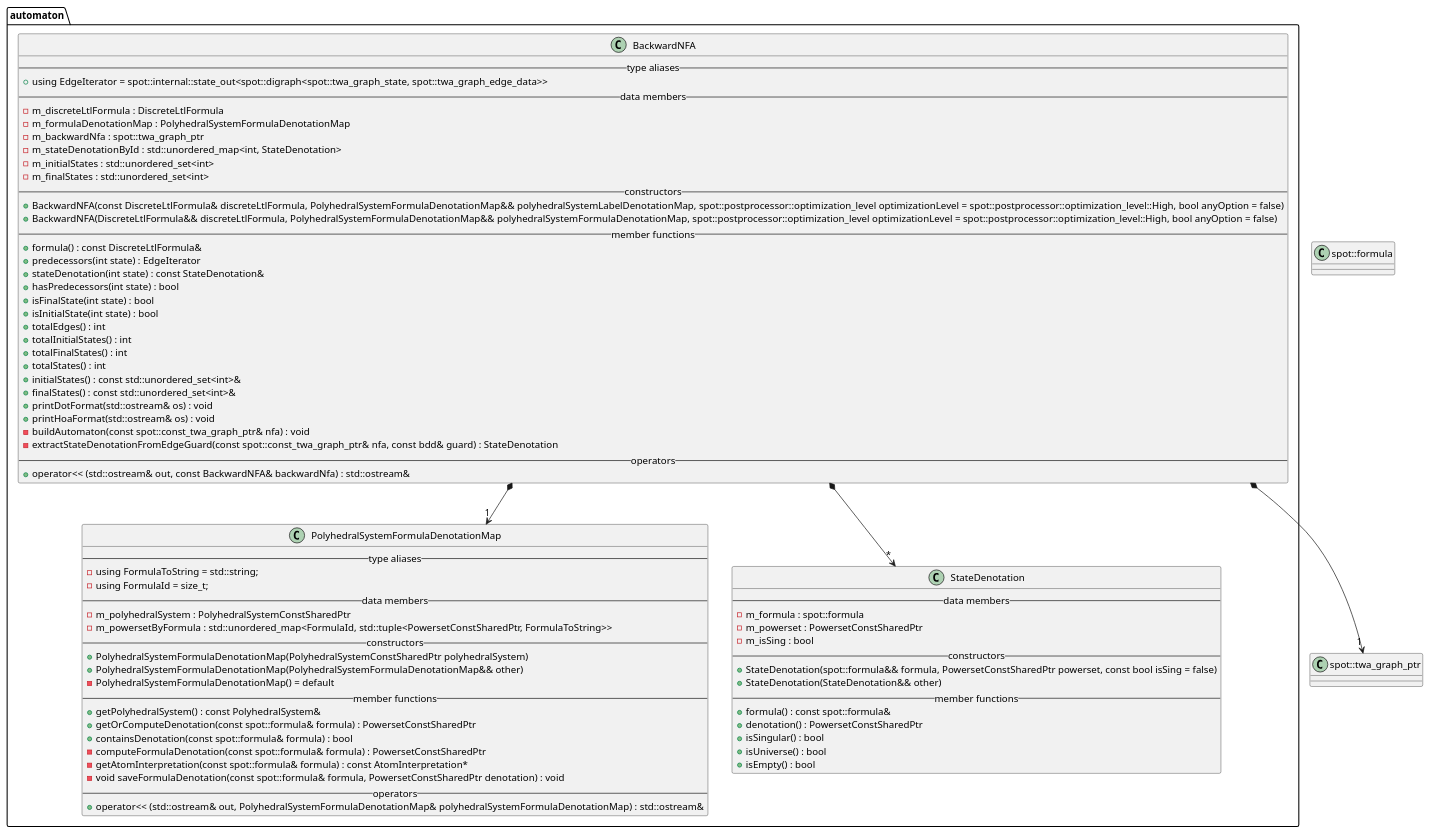
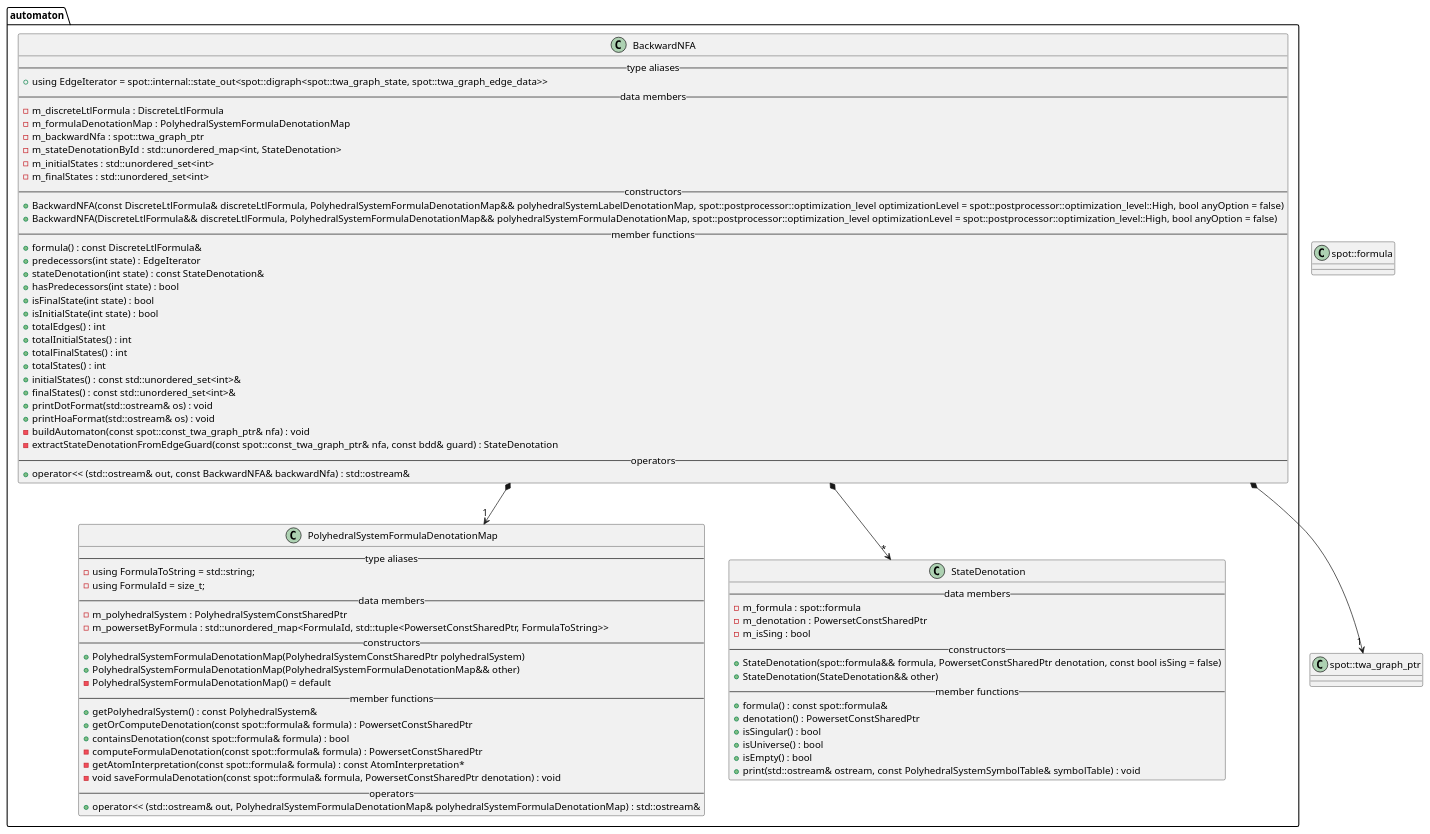
The diagram in docs/plantuml/automaton.puml (vtramo/rtl-mc), drawn with PlantUML before and after one commit. The commit also changed 1 other file, not shown here.

Commit message:
feat: add print method in StateDenotation

```diff
--- a/docs/plantuml/automaton.puml
+++ b/docs/plantuml/automaton.puml
@@ -1,84 +1,85 @@
 @startuml
 
 /' Objects '/
 package automaton {
     class BackwardNFA {
         --type aliases--
         +using EdgeIterator = spot::internal::state_out<spot::digraph<spot::twa_graph_state, spot::twa_graph_edge_data>>
         --data members--
         -m_discreteLtlFormula : DiscreteLtlFormula
         -m_formulaDenotationMap : PolyhedralSystemFormulaDenotationMap
         -m_backwardNfa : spot::twa_graph_ptr
         -m_stateDenotationById : std::unordered_map<int, StateDenotation>
         -m_initialStates : std::unordered_set<int>
         -m_finalStates : std::unordered_set<int>
         --constructors--
         +BackwardNFA(const DiscreteLtlFormula& discreteLtlFormula, PolyhedralSystemFormulaDenotationMap&& polyhedralSystemLabelDenotationMap, spot::postprocessor::optimization_level optimizationLevel = spot::postprocessor::optimization_level::High, bool anyOption = false)
         +BackwardNFA(DiscreteLtlFormula&& discreteLtlFormula, PolyhedralSystemFormulaDenotationMap&& polyhedralSystemFormulaDenotationMap, spot::postprocessor::optimization_level optimizationLevel = spot::postprocessor::optimization_level::High, bool anyOption = false)
         --member functions--
         +formula() : const DiscreteLtlFormula&
         +predecessors(int state) : EdgeIterator
         +stateDenotation(int state) : const StateDenotation&
         +hasPredecessors(int state) : bool
         +isFinalState(int state) : bool
         +isInitialState(int state) : bool
         +totalEdges() : int
         +totalInitialStates() : int
         +totalFinalStates() : int
         +totalStates() : int
         +initialStates() : const std::unordered_set<int>&
         +finalStates() : const std::unordered_set<int>&
         +printDotFormat(std::ostream& os) : void
         +printHoaFormat(std::ostream& os) : void
         -buildAutomaton(const spot::const_twa_graph_ptr& nfa) : void
         -extractStateDenotationFromEdgeGuard(const spot::const_twa_graph_ptr& nfa, const bdd& guard) : StateDenotation
         --operators--
         +operator<< (std::ostream& out, const BackwardNFA& backwardNfa) : std::ostream&
     }
 
     class PolyhedralSystemFormulaDenotationMap {
         --type aliases--
         -using FormulaToString = std::string;
         -using FormulaId = size_t;
         --data members--
         -m_polyhedralSystem : PolyhedralSystemConstSharedPtr
         -m_powersetByFormula : std::unordered_map<FormulaId, std::tuple<PowersetConstSharedPtr, FormulaToString>>
         --constructors--
         +PolyhedralSystemFormulaDenotationMap(PolyhedralSystemConstSharedPtr polyhedralSystem)
         +PolyhedralSystemFormulaDenotationMap(PolyhedralSystemFormulaDenotationMap&& other)
         -PolyhedralSystemFormulaDenotationMap() = default
         --member functions--
         +getPolyhedralSystem() : const PolyhedralSystem&
         +getOrComputeDenotation(const spot::formula& formula) : PowersetConstSharedPtr
         +containsDenotation(const spot::formula& formula) : bool
         -computeFormulaDenotation(const spot::formula& formula) : PowersetConstSharedPtr
         -getAtomInterpretation(const spot::formula& formula) : const AtomInterpretation*
         -void saveFormulaDenotation(const spot::formula& formula, PowersetConstSharedPtr denotation) : void
         --operators--
         +operator<< (std::ostream& out, PolyhedralSystemFormulaDenotationMap& polyhedralSystemFormulaDenotationMap) : std::ostream&
     }
 
     class StateDenotation {
         --data members--
         -m_formula : spot::formula
-        -m_powerset : PowersetConstSharedPtr
+        -m_denotation : PowersetConstSharedPtr
         -m_isSing : bool
         --constructors--
-        +StateDenotation(spot::formula&& formula, PowersetConstSharedPtr powerset, const bool isSing = false)
+        +StateDenotation(spot::formula&& formula, PowersetConstSharedPtr denotation, const bool isSing = false)
         +StateDenotation(StateDenotation&& other)
         --member functions--
         +formula() : const spot::formula&
         +denotation() : PowersetConstSharedPtr
         +isSingular() : bool
         +isUniverse() : bool
         +isEmpty() : bool
+        +print(std::ostream& ostream, const PolyhedralSystemSymbolTable& symbolTable) : void
     }
 }
 
 class spot::twa_graph_ptr {}
 class spot::formula {}
 
 BackwardNFA *--> "1" spot::twa_graph_ptr
 BackwardNFA *--> "1" PolyhedralSystemFormulaDenotationMap
 BackwardNFA *--> "*" StateDenotation
 @enduml
```
